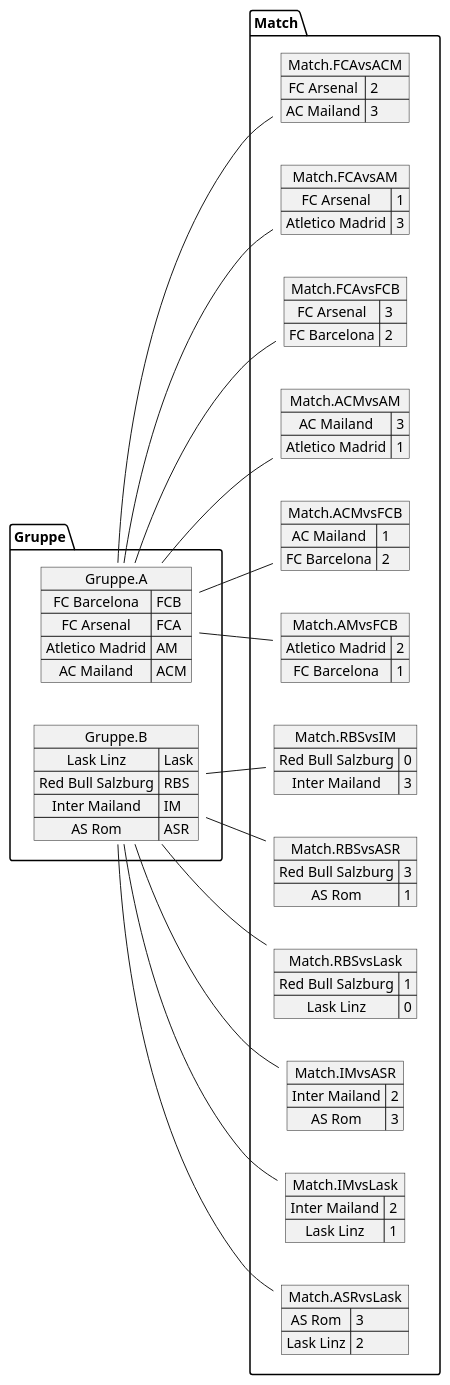
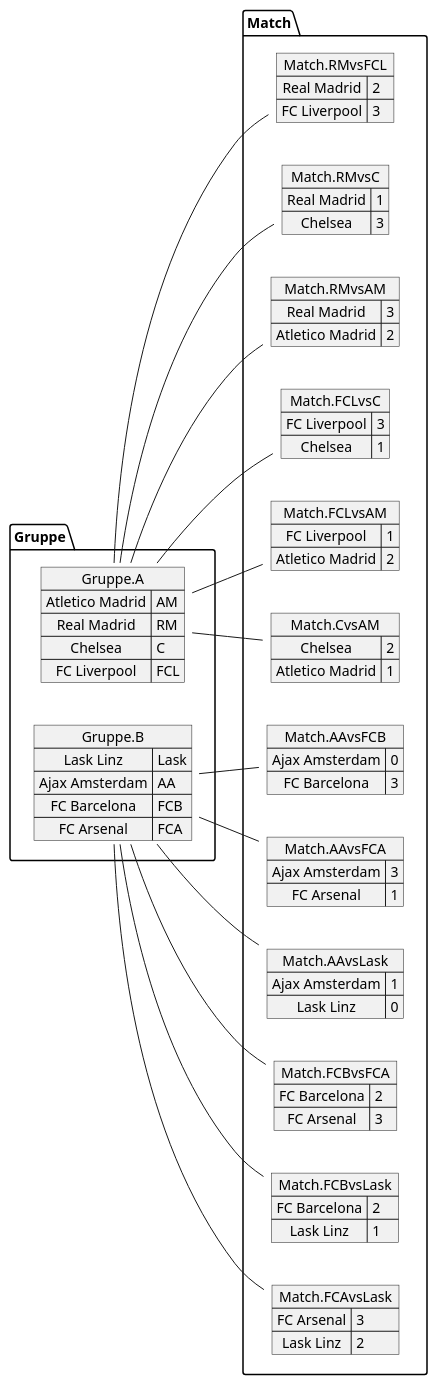
The diagram in asciidocs/plantuml/ResultGP.puml (htl-leonding-project/2022-4ahif-autohaus), drawn with PlantUML before and after one commit. The commit also changed 5 other files, not shown here.

```diff
--- a/asciidocs/plantuml/ResultGP.puml
+++ b/asciidocs/plantuml/ResultGP.puml
@@ -1,88 +1,88 @@
 @startuml TestGPTournament2.png
 left to right direction
 
 map Gruppe.A {
-FC Barcelona=>FCB
-FC Arsenal=>FCA
 Atletico Madrid=>AM
-AC Mailand=>ACM
+Real Madrid=>RM
+Chelsea=>C
+FC Liverpool=>FCL
 }
 
 map Gruppe.B {
 Lask Linz=>Lask
-Red Bull Salzburg=>RBS
-Inter Mailand=>IM
-AS Rom=>ASR
+Ajax Amsterdam=>AA
+FC Barcelona=>FCB
+FC Arsenal=>FCA
 }
-map Match.FCAvsACM {
-FC Arsenal => 2
-AC Mailand => 3
+map Match.RMvsFCL {
+Real Madrid => 2
+FC Liverpool => 3
 }
 
-map Match.FCAvsAM {
-FC Arsenal => 1
-Atletico Madrid => 3
+map Match.RMvsC {
+Real Madrid => 1
+Chelsea => 3
 }
 
-map Match.FCAvsFCB {
-FC Arsenal => 3
-FC Barcelona => 2
+map Match.RMvsAM {
+Real Madrid => 3
+Atletico Madrid => 2
 }
 
-map Match.ACMvsAM {
-AC Mailand => 3
+map Match.FCLvsC {
+FC Liverpool => 3
+Chelsea => 1
+}
+
+map Match.FCLvsAM {
+FC Liverpool => 1
+Atletico Madrid => 2
+}
+
+map Match.CvsAM {
+Chelsea => 2
 Atletico Madrid => 1
 }
-
-map Match.ACMvsFCB {
-AC Mailand => 1
-FC Barcelona => 2
+map Match.AAvsFCB {
+Ajax Amsterdam => 0
+FC Barcelona => 3
 }
 
-map Match.AMvsFCB {
-Atletico Madrid => 2
-FC Barcelona => 1
-}
-map Match.RBSvsIM {
-Red Bull Salzburg => 0
-Inter Mailand => 3
+map Match.AAvsFCA {
+Ajax Amsterdam => 3
+FC Arsenal => 1
 }
 
-map Match.RBSvsASR {
-Red Bull Salzburg => 3
-AS Rom => 1
-}
-
-map Match.RBSvsLask {
-Red Bull Salzburg => 1
+map Match.AAvsLask {
+Ajax Amsterdam => 1
 Lask Linz => 0
 }
 
-map Match.IMvsASR {
-Inter Mailand => 2
-AS Rom => 3
+map Match.FCBvsFCA {
+FC Barcelona => 2
+FC Arsenal => 3
 }
 
-map Match.IMvsLask {
-Inter Mailand => 2
+map Match.FCBvsLask {
+FC Barcelona => 2
 Lask Linz => 1
 }
 
-map Match.ASRvsLask {
-AS Rom => 3
+map Match.FCAvsLask {
+FC Arsenal => 3
 Lask Linz => 2
 }
-Gruppe.A -- Match.FCAvsACM
-Gruppe.A -- Match.FCAvsAM
-Gruppe.A -- Match.FCAvsFCB
-Gruppe.A -- Match.ACMvsAM
-Gruppe.A -- Match.ACMvsFCB
-Gruppe.A -- Match.AMvsFCB
-Gruppe.B -- Match.RBSvsIM
-Gruppe.B -- Match.RBSvsASR
-Gruppe.B -- Match.RBSvsLask
-Gruppe.B -- Match.IMvsASR
-Gruppe.B -- Match.IMvsLask
-Gruppe.B -- Match.ASRvsLask
+Gruppe.A -- Match.RMvsFCL
+Gruppe.A -- Match.RMvsC
+Gruppe.A -- Match.RMvsAM
+Gruppe.A -- Match.FCLvsC
+Gruppe.A -- Match.FCLvsAM
+Gruppe.A -- Match.CvsAM
+Gruppe.B -- Match.AAvsFCB
+Gruppe.B -- Match.AAvsFCA
+Gruppe.B -- Match.AAvsLask
+Gruppe.B -- Match.FCBvsFCA
+Gruppe.B -- Match.FCBvsLask
+Gruppe.B -- Match.FCAvsLask
 
 @enduml
```
